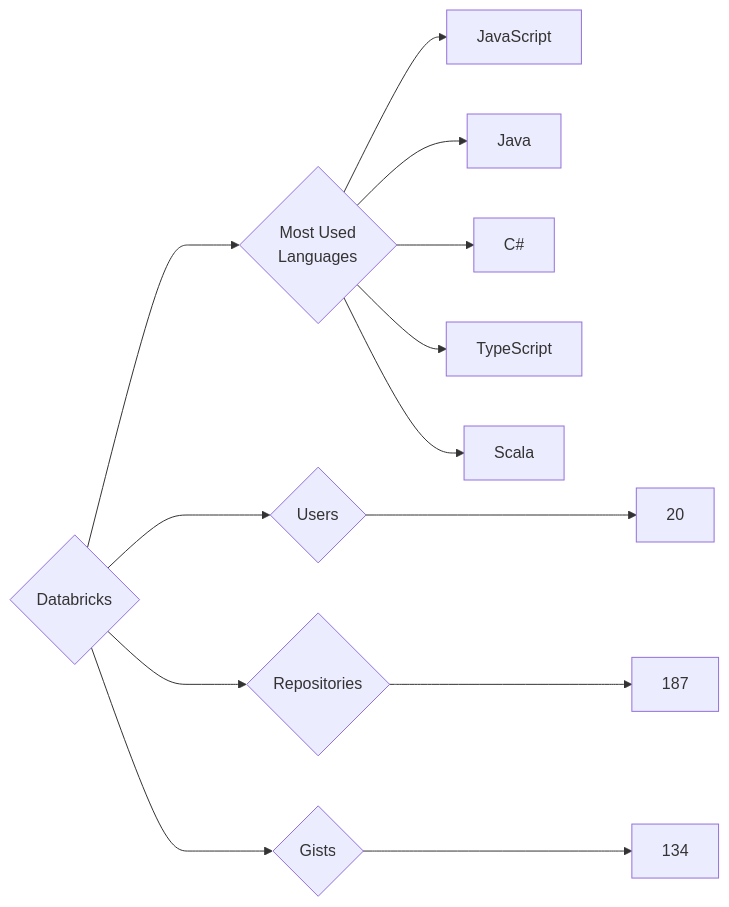
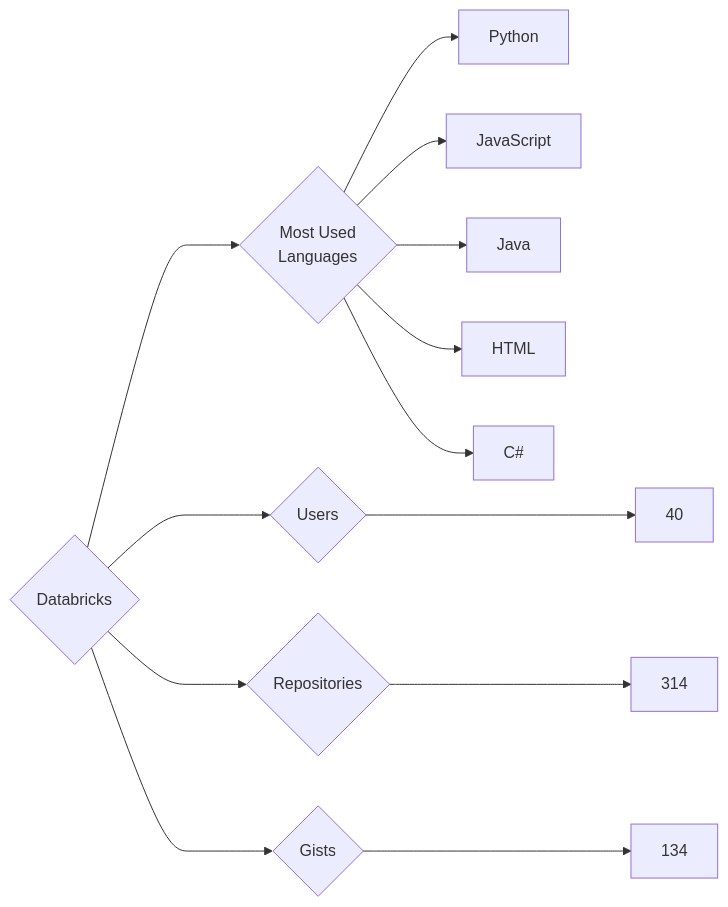
The diagram in targets/Databricks/README.md (trickest/insiders), drawn with Mermaid before and after one commit. The commit also changed 682 other files, not shown here.

````diff
--- a/targets/Databricks/README.md
+++ b/targets/Databricks/README.md
@@ -3,13 +3,13 @@
 ```mermaid
 graph LR
 COMPANY_NAME{Databricks}
-COMPANY_NAME ---> U{Users} ---> UN[20]
-COMPANY_NAME ---> R{Repositories} ---> RN[187]
+COMPANY_NAME ---> U{Users} ---> UN[40]
+COMPANY_NAME ---> R{Repositories} ---> RN[314]
 COMPANY_NAME ---> G{Gists} ---> GN[134]
 COMPANY_NAME ---> ML{Most Used<br>Languages}
+ML --> Python[Python]
 ML --> JavaScript[JavaScript]
 ML --> Java[Java]
+ML --> HTML[HTML]
 ML --> C#[C#]
-ML --> TypeScript[TypeScript]
-ML --> Scala[Scala]
 ```
````
